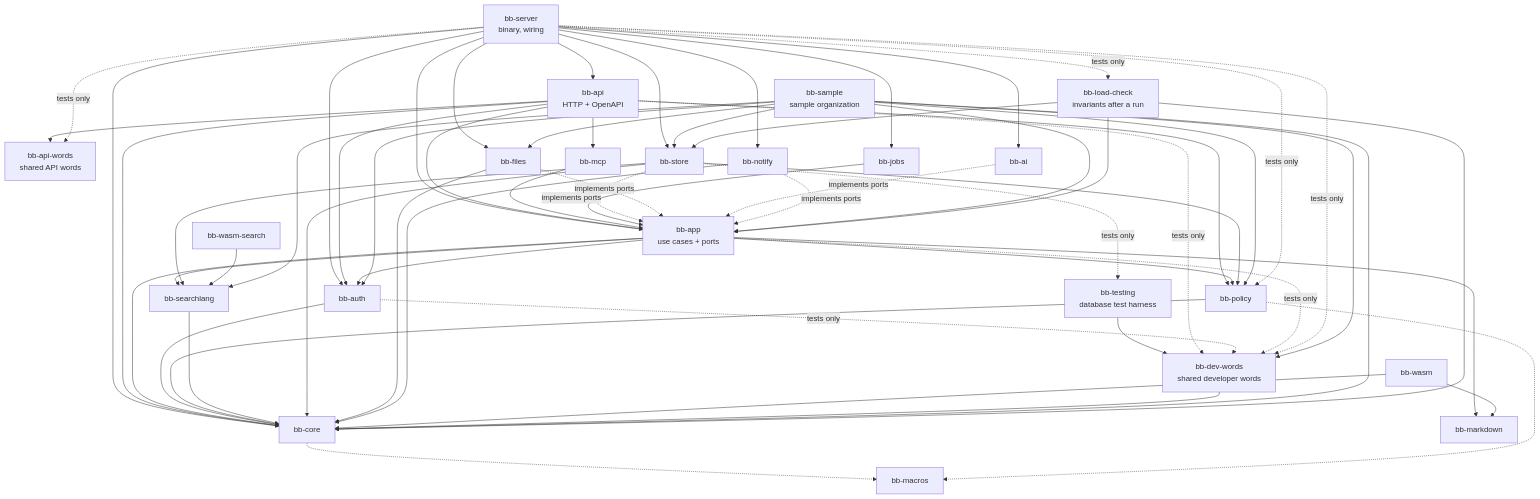
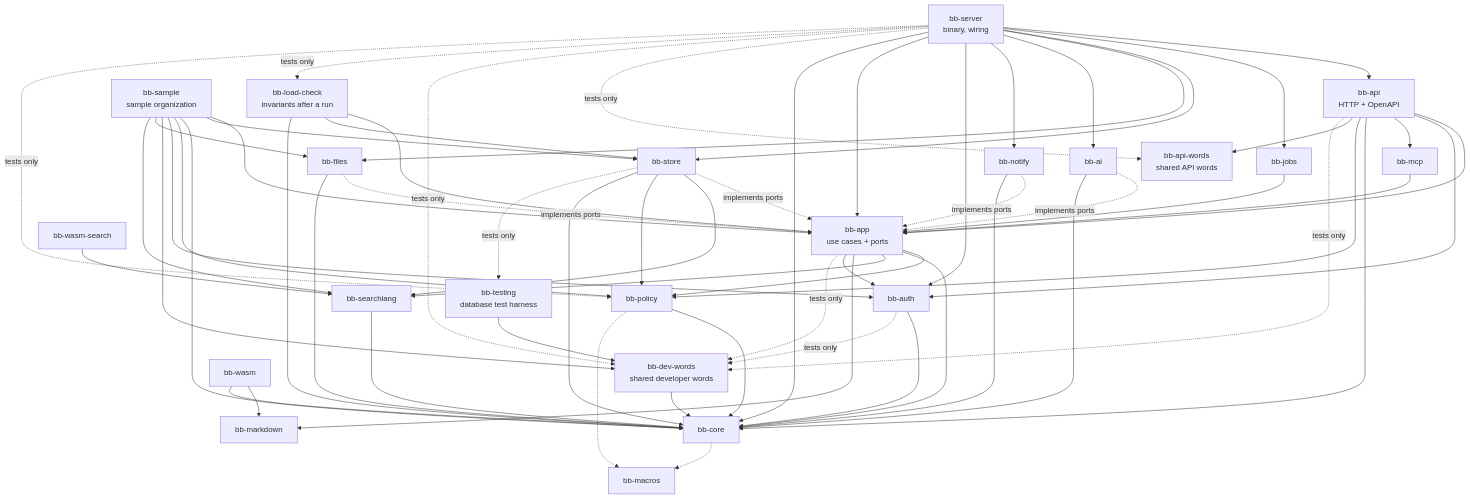
The diagram in docs/architecture/04-building-blocks.md (Nusi42/Bugaboo), drawn with Mermaid before and after one commit. The commit also changed other lines of this file and 20 other files, not shown here.

````diff
--- a/docs/architecture/04-building-blocks.md
+++ b/docs/architecture/04-building-blocks.md
@@ -51,57 +51,58 @@
 ```mermaid
 flowchart TB
   server["bb-server<br/>binary, wiring"]
   api["bb-api<br/>HTTP + OpenAPI"]
   words["bb-api-words<br/>shared API words"]
   devwords["bb-dev-words<br/>shared developer words"]
   mcp["bb-mcp"]
   app["bb-app<br/>use cases + ports"]
   policy["bb-policy"]
   core["bb-core"]
   macros["bb-macros"]
   search["bb-searchlang"]
   md["bb-markdown"]
   store["bb-store"]
   files["bb-files"]
   auth["bb-auth"]
   ai["bb-ai"]
   notify["bb-notify"]
   jobs["bb-jobs"]
   wasm["bb-wasm"]
   wasmsearch["bb-wasm-search"]
   testing["bb-testing<br/>database test harness"]
   sample["bb-sample<br/>sample organization"]
   loadcheck["bb-load-check<br/>invariants after a run"]
 
   server --> api & jobs & store & files & ai & notify & auth & app & core
   api --> app & auth & mcp & core & policy & words
   mcp --> app
   jobs --> app
   app --> policy & core & search & md & auth
   auth --> core
   policy --> core
   core -.-> macros
   policy -.-> macros
   search --> core
   store -. implements ports .-> app
   files -. implements ports .-> app
   ai -. implements ports .-> app
   notify -. implements ports .-> app
   store --> search & policy & core
   files --> core
   notify --> core
+  ai --> core
   wasm --> md & core
   wasmsearch --> search
   store -. tests only .-> testing
   server -. tests only .-> words
   testing --> devwords
   devwords --> core
   api -. tests only .-> devwords
   auth -. tests only .-> devwords
   app -. tests only .-> devwords
   server -. tests only .-> devwords
   sample --> app & store & core & policy & auth & devwords & files & search
   loadcheck --> app & store & core
   server -. tests only .-> loadcheck
   server -. tests only .-> policy
 ```
````
